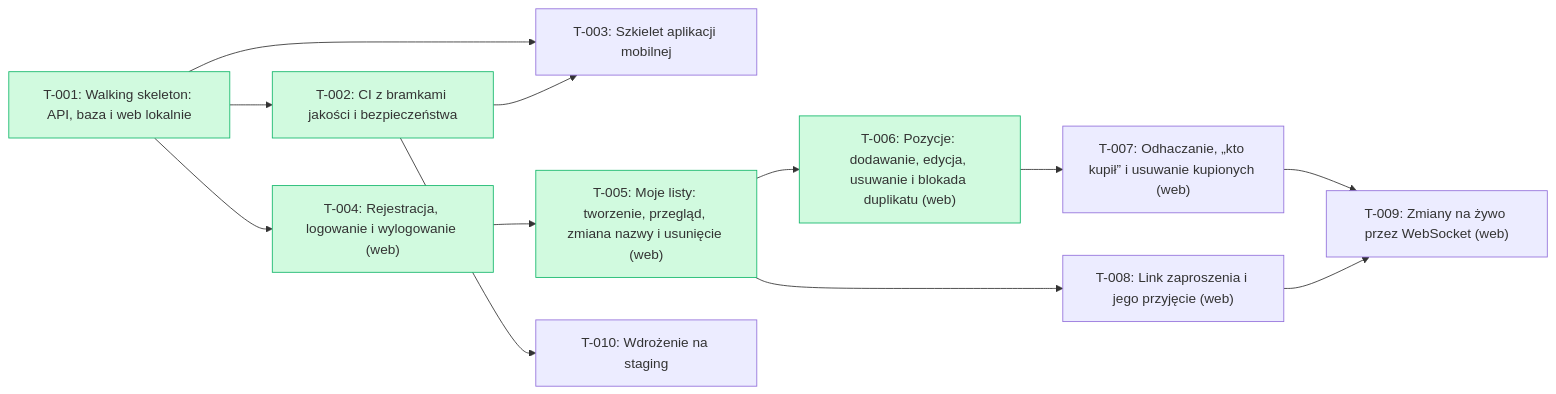
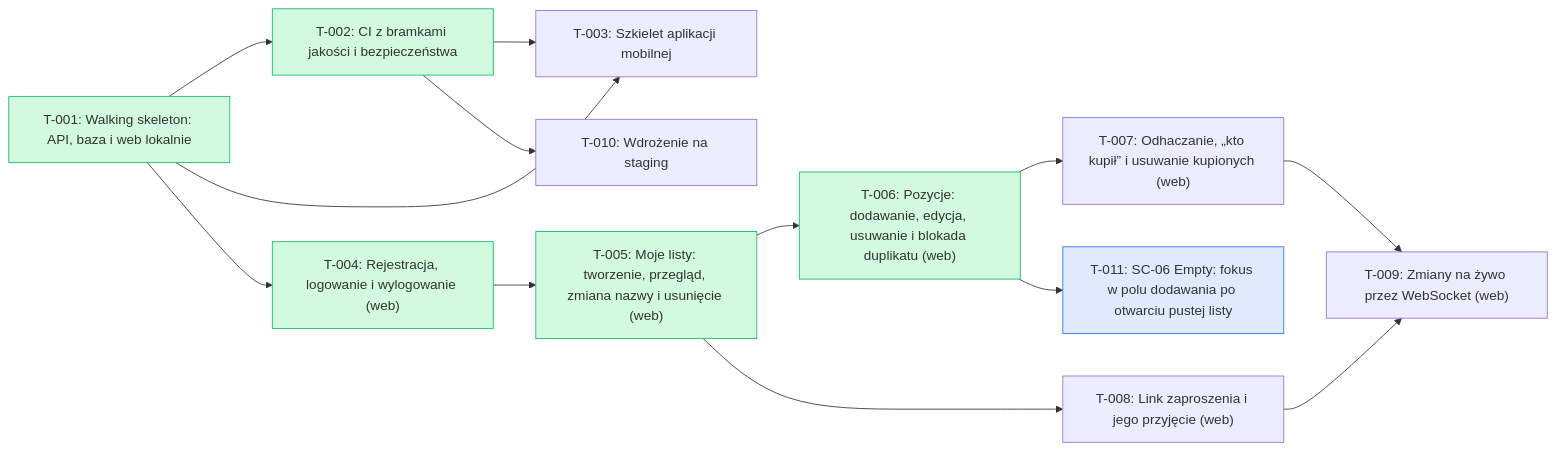
Before and after one commit to tombraz/lista-zakupow: the diagram in docs/backlog/index.md, drawn with Mermaid. The commit also changed other lines of this file and 1 other file, not shown here.

````diff
--- a/docs/backlog/index.md
+++ b/docs/backlog/index.md
@@ -20,28 +20,30 @@
 ```mermaid
 flowchart LR
   T_001["T-001: Walking skeleton: API, baza i web lokalnie"]:::done
   T_002["T-002: CI z bramkami jakości i bezpieczeństwa"]:::done
   T_003["T-003: Szkielet aplikacji mobilnej"]
   T_004["T-004: Rejestracja, logowanie i wylogowanie (web)"]:::done
   T_005["T-005: Moje listy: tworzenie, przegląd, zmiana nazwy i usunięcie (web)"]:::done
   T_006["T-006: Pozycje: dodawanie, edycja, usuwanie i blokada duplikatu (web)"]:::done
   T_007["T-007: Odhaczanie, „kto kupił” i usuwanie kupionych (web)"]
   T_008["T-008: Link zaproszenia i jego przyjęcie (web)"]
   T_009["T-009: Zmiany na żywo przez WebSocket (web)"]
   T_010["T-010: Wdrożenie na staging"]
+  T_011["T-011: SC-06 Empty: fokus w polu dodawania po otwarciu pustej listy"]:::qa
   T_001 --> T_002
   T_001 --> T_003
   T_002 --> T_003
   T_001 --> T_004
   T_004 --> T_005
   T_005 --> T_006
   T_006 --> T_007
   T_005 --> T_008
   T_007 --> T_009
   T_008 --> T_009
   T_002 --> T_010
+  T_006 --> T_011
   classDef done fill:#d1fadf,stroke:#12b76a
   classDef wip fill:#fef0c7,stroke:#f79009
   classDef qa fill:#e0eaff,stroke:#2970ff
   classDef blocked fill:#fee4e2,stroke:#f04438
 ```
````
